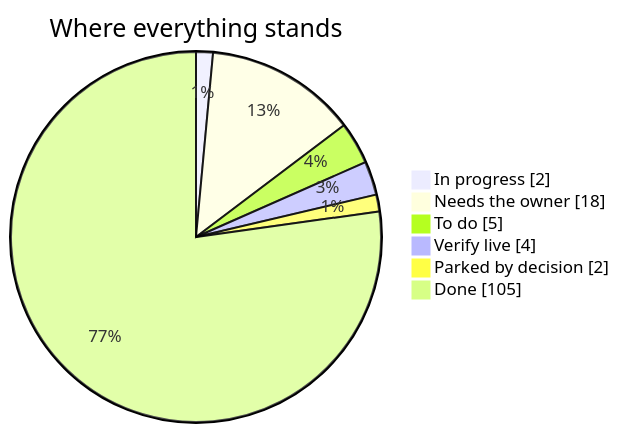
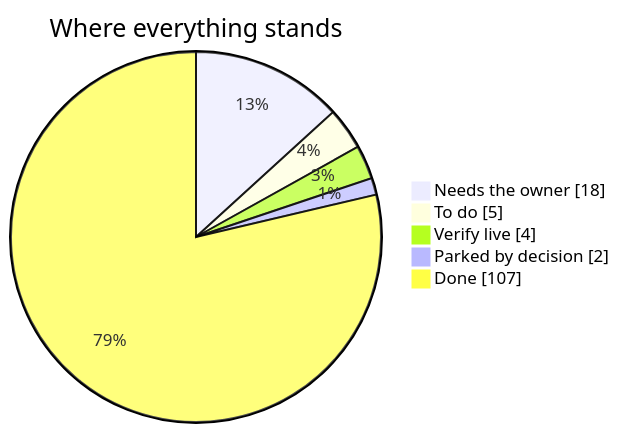
The diagram in launch-board/README.md (divitkej/gradlink), drawn with Mermaid before and after one commit. The commit also changed other lines of this file and 4 other files, not shown here.

````diff
--- a/launch-board/README.md
+++ b/launch-board/README.md
@@ -11,10 +11,9 @@
 ```mermaid
 pie showData
   title Where everything stands
-  "In progress" : 2
   "Needs the owner" : 18
   "To do" : 5
   "Verify live" : 4
   "Parked by decision" : 2
-  "Done" : 105
+  "Done" : 107
 ```
````
